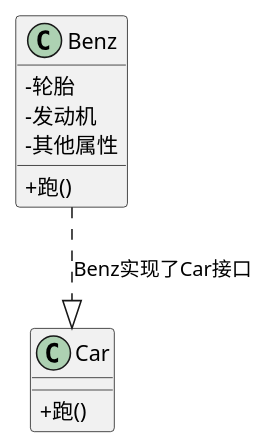
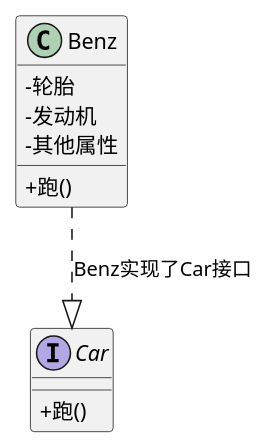
Before and after one commit to syllr/leanring_notes: the diagram in 技术分享/设计模式分享/类图/实现关系类图.puml, drawn with PlantUML. The commit also changed 25 other files, not shown here.

```diff
--- a/技术分享/设计模式分享/类图/实现关系类图.puml
+++ b/技术分享/设计模式分享/类图/实现关系类图.puml
@@ -1,15 +1,15 @@
 @startuml
 skinparam classAttributeIconSize 0
-class Car{
+interface Car{
     +跑()
 }
 
 class Benz{
     -轮胎
     -发动机
     -其他属性
     +跑()
 }
 
 Benz ..|> Car : Benz实现了Car接口
 @enduml
```
